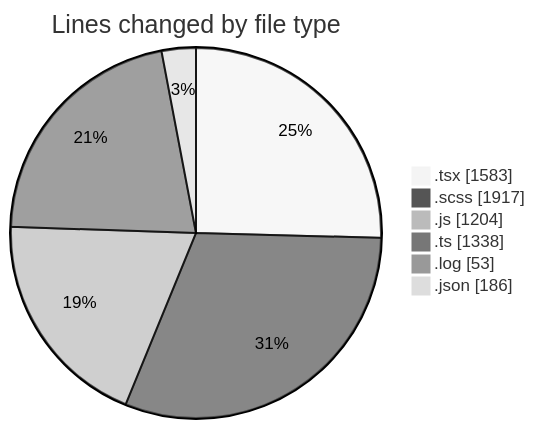
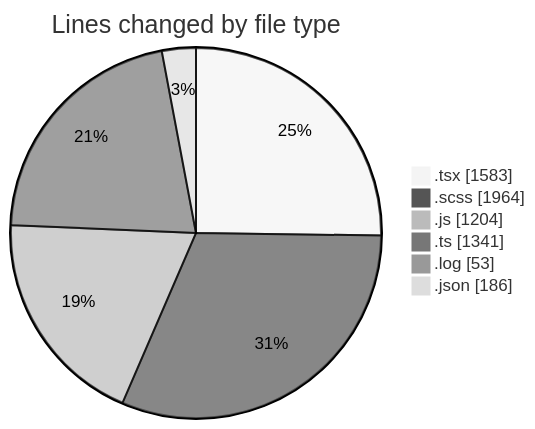
Before and after one commit to momahboobian/code-tracking: the first of 2 diagrams in 2026-03-25/cda/README.md, drawn with Mermaid (neutral theme). The commit also changed other lines of this file and 1 other file, not shown here.

````diff
--- a/2026-03-25/cda/README.md
+++ b/2026-03-25/cda/README.md
@@ -28,10 +28,10 @@
 ```mermaid
 pie showData
 title Lines changed by file type
 ".tsx" : 1583
-".scss" : 1917
+".scss" : 1964
 ".js" : 1204
-".ts" : 1338
+".ts" : 1341
 ".log" : 53
 ".json" : 186
 ```
````
